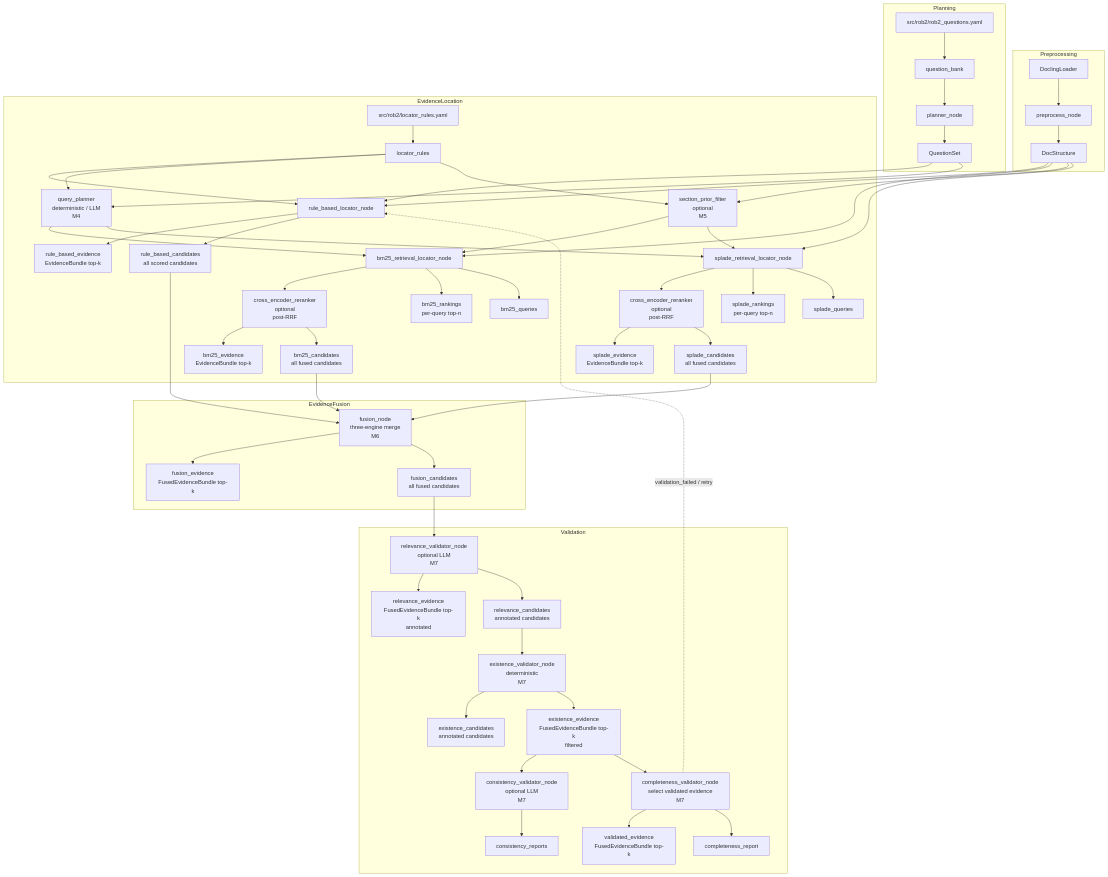
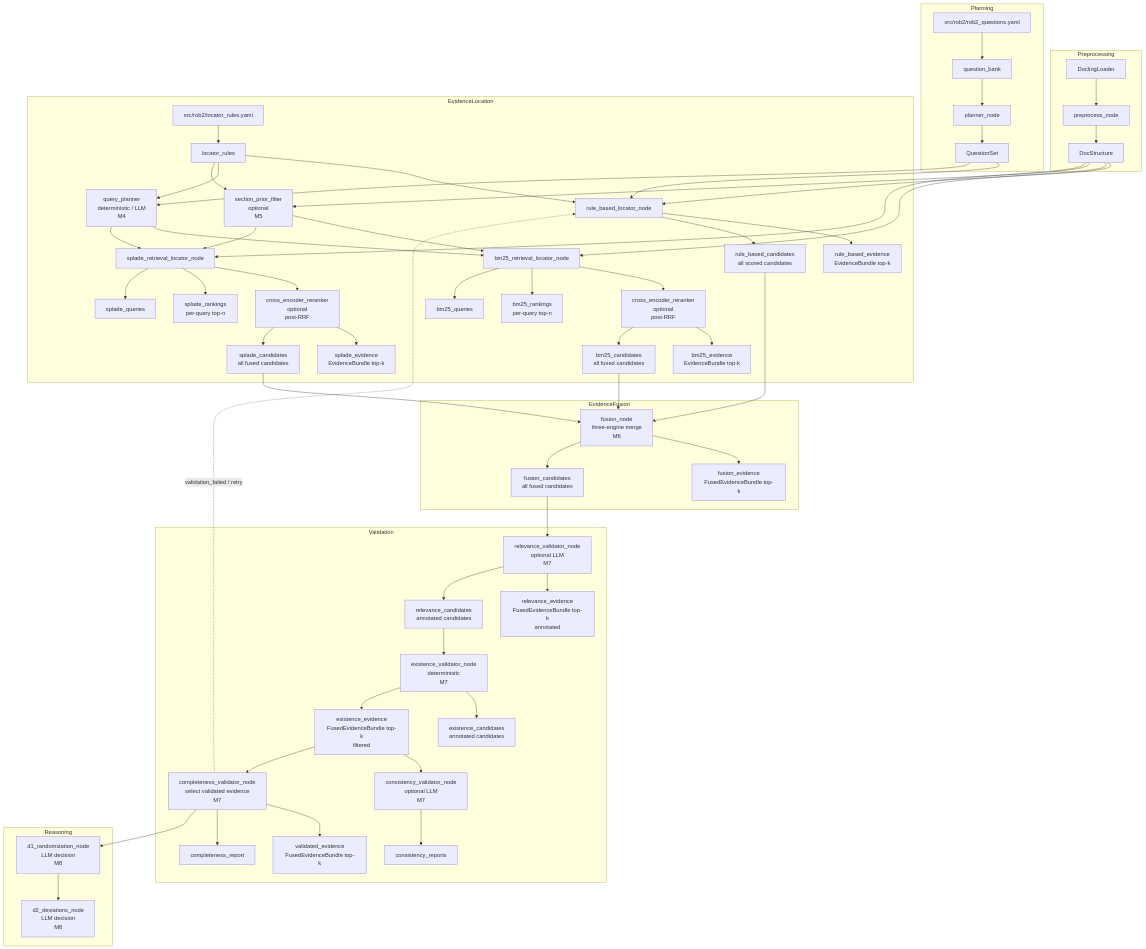
The diagram in docs/system-uml.md (Younthing/eagent), drawn with Mermaid before and after one commit. The commit also changed other lines of this file and 14 other files, not shown here.

````diff
--- a/docs/system-uml.md
+++ b/docs/system-uml.md
@@ -3,73 +3,78 @@
 ```mermaid
 flowchart TD
   subgraph Preprocessing
     A[DoclingLoader] --> B[preprocess_node]
     B --> C[DocStructure]
   end
 
   subgraph Planning
     D[src/rob2/rob2_questions.yaml] --> E[question_bank]
     E --> F[planner_node]
     F --> G[QuestionSet]
   end
 
   subgraph EvidenceLocation
     H[src/rob2/locator_rules.yaml] --> I[locator_rules]
     C --> J[rule_based_locator_node]
     G --> J
     I --> J
     J --> K[rule_based_evidence<br/>EvidenceBundle top-k]
     J --> L[rule_based_candidates<br/>all scored candidates]
 
     G --> QP[query_planner<br/>deterministic / LLM<br/>M4]
     I --> QP
 
     C --> M[bm25_retrieval_locator_node]
     QP --> M
     C --> R[section_prior_filter<br/>optional<br/>M5]
     I --> R
     R --> M
     M --> CE1[cross_encoder_reranker<br/>optional<br/>post-RRF]
     CE1 --> N[bm25_evidence<br/>EvidenceBundle top-k]
     CE1 --> O[bm25_candidates<br/>all fused candidates]
     M --> P[bm25_rankings<br/>per-query top-n]
     M --> Q[bm25_queries]
 
     C --> S[splade_retrieval_locator_node]
     QP --> S
     R --> S
     S --> CE2[cross_encoder_reranker<br/>optional<br/>post-RRF]
     CE2 --> T[splade_evidence<br/>EvidenceBundle top-k]
     CE2 --> U[splade_candidates<br/>all fused candidates]
     S --> V[splade_rankings<br/>per-query top-n]
     S --> W[splade_queries]
   end
 
   subgraph EvidenceFusion
     L --> FUS[fusion_node<br/>three-engine merge<br/>M6]
     O --> FUS
     U --> FUS
     FUS --> FE[fusion_evidence<br/>FusedEvidenceBundle top-k]
     FUS --> FC[fusion_candidates<br/>all fused candidates]
   end
 
   subgraph Validation
     FC --> RV[relevance_validator_node<br/>optional LLM<br/>M7]
     RV --> RE[relevance_evidence<br/>FusedEvidenceBundle top-k<br/>annotated]
     RV --> RC[relevance_candidates<br/>annotated candidates]
 
     RC --> EV[existence_validator_node<br/>deterministic<br/>M7]
     EV --> EC[existence_candidates<br/>annotated candidates]
     EV --> EE[existence_evidence<br/>FusedEvidenceBundle top-k<br/>filtered]
 
     EE --> CV[consistency_validator_node<br/>optional LLM<br/>M7]
     CV --> CR[consistency_reports]
 
     EE --> CM[completeness_validator_node<br/>select validated evidence<br/>M7]
     CM --> VE[validated_evidence<br/>FusedEvidenceBundle top-k]
     CM --> CP[completeness_report]
   end
 
+  subgraph Reasoning
+    CM --> D1[d1_randomization_node<br/>LLM decision<br/>M8]
+    D1 --> D2[d2_deviations_node<br/>LLM decision<br/>M8]
+  end
+
   %% Milestone 7 rollback/retry: failed validation routes back to EvidenceLocation
   CM -. validation_failed / retry .-> J
 ```
````
